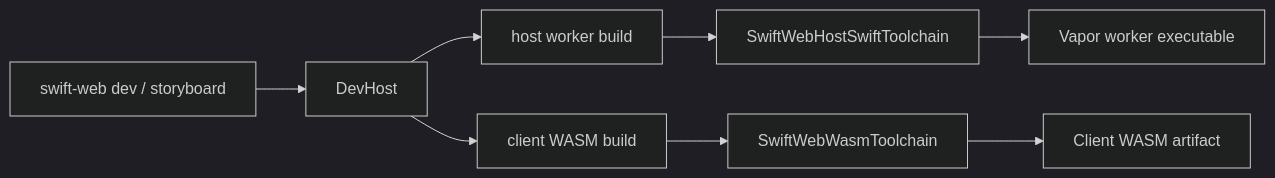
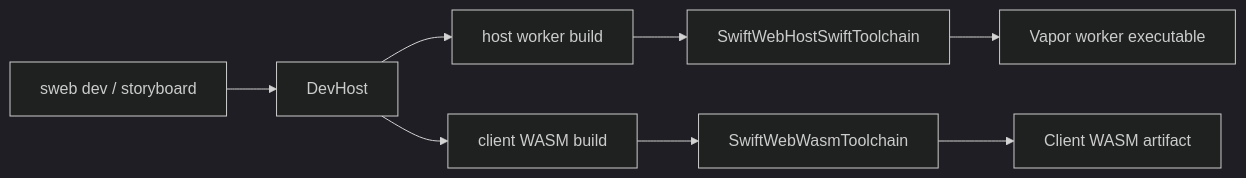
Before and after one commit to 1amageek/swift-web: the first of 6 diagrams in Sources/SwiftWebDevelopment/README.md, drawn with Mermaid (dark theme). The commit also changed other lines of this file and 24 other files, not shown here.

Commit message:
Rename CLI to sweb and update dev workflow

````diff
--- a/Sources/SwiftWebDevelopment/README.md
+++ b/Sources/SwiftWebDevelopment/README.md
@@ -48,10 +48,10 @@
 ```mermaid
 flowchart LR
-  A["swift-web dev / storyboard"] --> B["DevHost"]
+  A["sweb dev / storyboard"] --> B["DevHost"]
   B --> C["host worker build"]
   B --> D["client WASM build"]
   C --> E["SwiftWebHostSwiftToolchain"]
   D --> F["SwiftWebWasmToolchain"]
   E --> G["Vapor worker executable"]
   F --> H["Client WASM artifact"]
 ```
````
